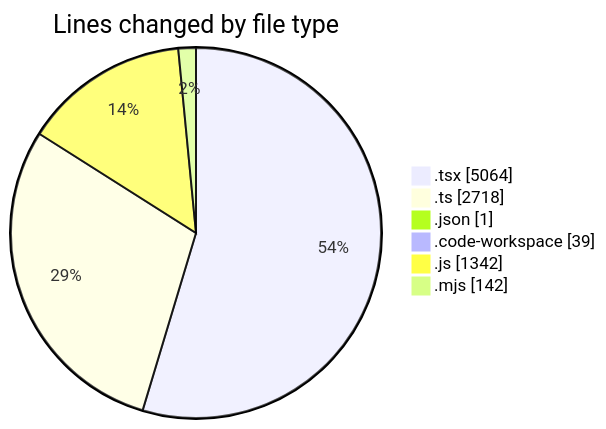
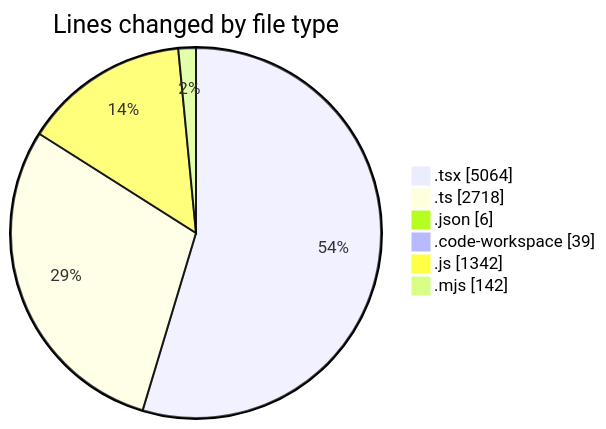
Before and after one commit to julien-gomy/code-tracking: the first of 2 diagrams in 2025-10-08/eventscop-frontend-guide__workspace_/README.md, drawn with Mermaid. The commit also changed other lines of this file and 1 other file, not shown here.

````diff
--- a/2025-10-08/eventscop-frontend-guide__workspace_/README.md
+++ b/2025-10-08/eventscop-frontend-guide__workspace_/README.md
@@ -60,10 +60,10 @@
 ```mermaid
 pie showData
 title Lines changed by file type
 ".tsx" : 5064
 ".ts" : 2718
-".json" : 1
+".json" : 6
 ".code-workspace" : 39
 ".js" : 1342
 ".mjs" : 142
 ```
````
